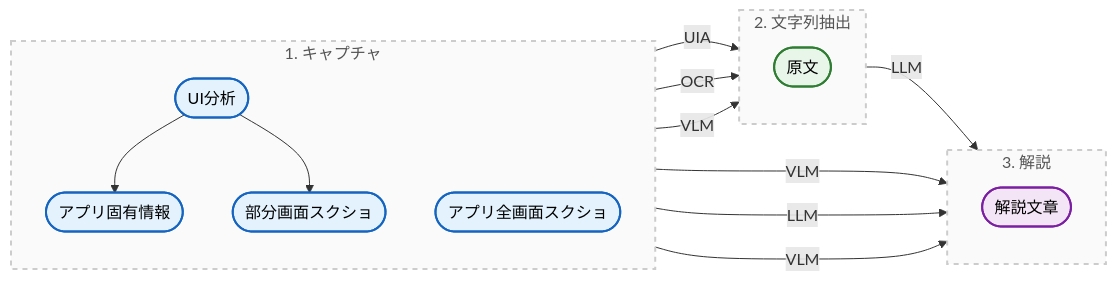
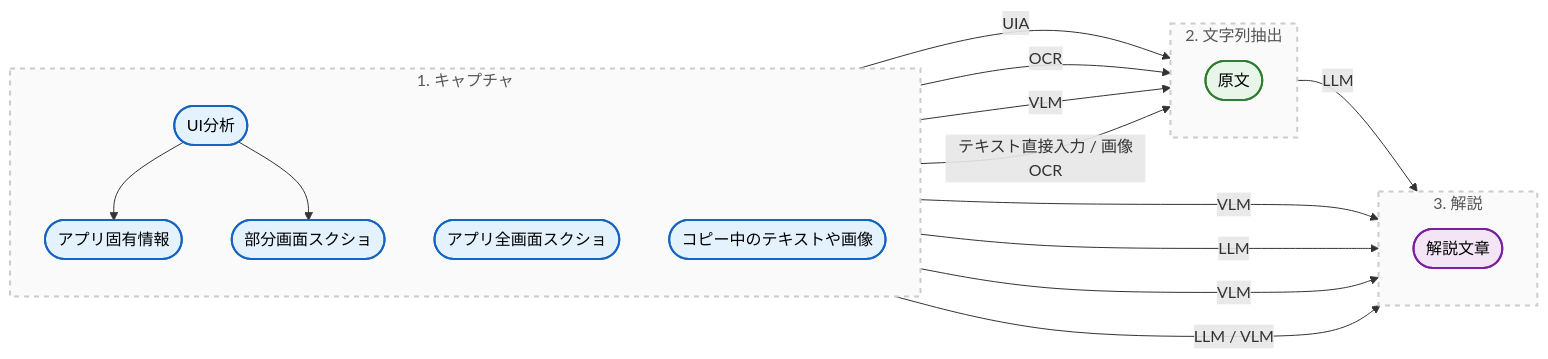
The second of 2 diagrams in README.md (KotorinChunChun/FocusTranslator), drawn with Mermaid before and after one commit. The commit also changed other lines of this file and 7 other files, not shown here.

````diff
--- a/README.md
+++ b/README.md
@@ -91,47 +94,51 @@
 ```mermaid
 flowchart LR
     subgraph Capture [1. キャプチャ]
         direction TB
         UI([UI分析])
         Env([アプリ固有情報])
         Screen([部分画面スクショ])
         FullScreen([アプリ全画面スクショ])
+        Clipboard([コピー中のテキストや画像])
         UI --> Env
         UI --> Screen
     end
 
     subgraph Extraction [2. 文字列抽出]
         direction TB
         Text([原文])
     end
 
     subgraph ExplanationGroup [3. 解説]
         direction TB
         Explanation([解説文章])
     end
 
     %% フローの接続（抽出）
     UI -- UIA --> Text
     Screen -- OCR --> Text
     Screen -- VLM --> Text
+    Clipboard -- テキスト直接入力 / 画像OCR --> Text
 
     %% フローの接続（解説）
     Screen -- VLM --> Explanation
     Text -- LLM --> Explanation
     Env -- LLM --> Explanation
     FullScreen -- VLM --> Explanation
+    Clipboard -- LLM / VLM --> Explanation
 
     %% スタイルの調整
     classDef capture fill:#e3f2fd,stroke:#1565c0,stroke-width:2px,color:#000;
     classDef extract fill:#e8f5e9,stroke:#2e7d32,stroke-width:2px,color:#000;
     classDef ai fill:#f3e5f5,stroke:#7b1fa2,stroke-width:2px,color:#000;
 
     class UI,Screen,Env,FullScreen capture;
+    class Clipboard capture;
     class Text extract;
     class Explanation ai;
 
     %% サブグラフの背景スタイル
     style Capture fill:#fafafa,stroke:#ccc,stroke-width:2px,stroke-dasharray: 5 5,color:#555
     style Extraction fill:#fafafa,stroke:#ccc,stroke-width:2px,stroke-dasharray: 5 5,color:#555
     style ExplanationGroup fill:#fafafa,stroke:#ccc,stroke-width:2px,stroke-dasharray: 5 5,color:#555
 ```
````
